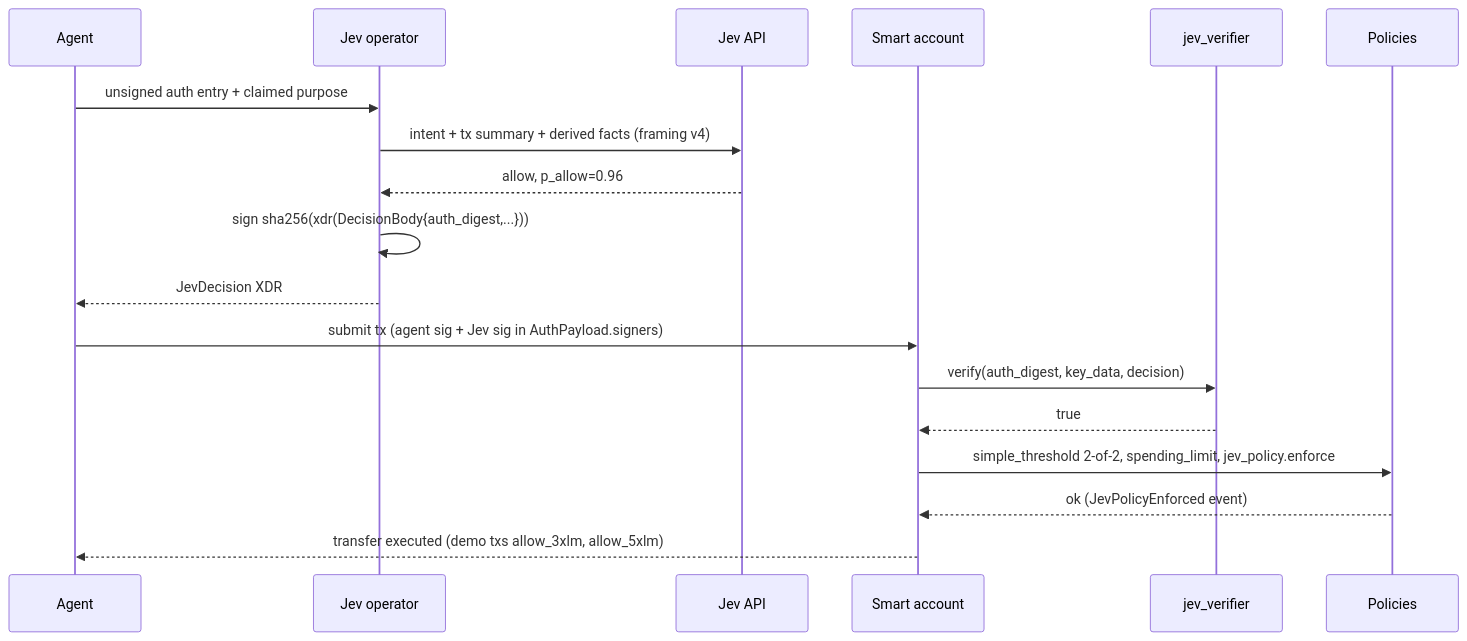
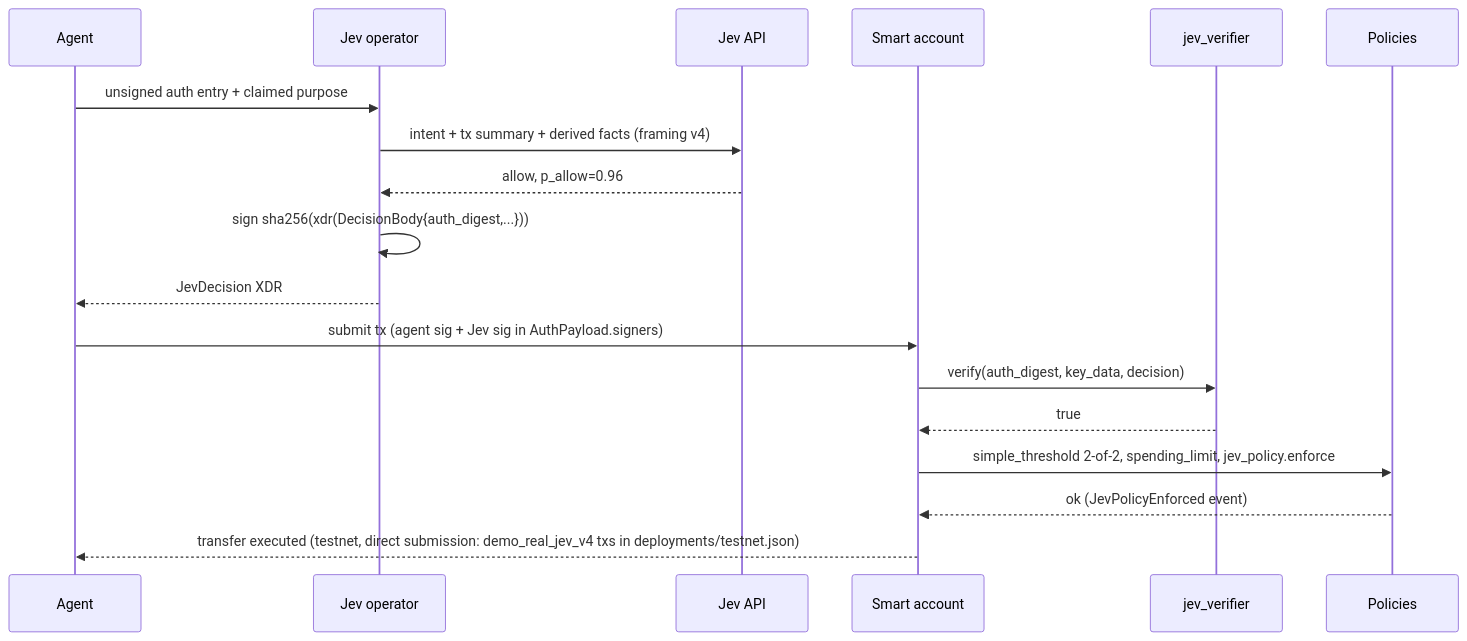
The second of 5 diagrams in docs/architecture/flows.md (Stratocaster-Ventures/stellar-jev-policies), drawn with Mermaid before and after one commit. The commit also changed other lines of this file and 8 other files, not shown here.

Commit message:
docs: real-Jev v4 + passkey testnet tx hashes (Horizon-verified), dev/holdout escalation figures reconciled, 'settled' qualified as direct testnet submission, remove private workspace paths

````diff
--- a/docs/architecture/flows.md
+++ b/docs/architecture/flows.md
@@ -24,20 +24,20 @@
 ```mermaid
 sequenceDiagram
   participant A as Agent
   participant OP as Jev operator
   participant J as Jev API
   participant SA as Smart account
   participant V as jev_verifier
   participant Pol as Policies
   A->>OP: unsigned auth entry + claimed purpose
   OP->>J: intent + tx summary + derived facts (framing v4)
   J-->>OP: allow, p_allow=0.96
   OP->>OP: sign sha256(xdr(DecisionBody{auth_digest,...}))
   OP-->>A: JevDecision XDR
   A->>SA: submit tx (agent sig + Jev sig in AuthPayload.signers)
   SA->>V: verify(auth_digest, key_data, decision)
   V-->>SA: true
   SA->>Pol: simple_threshold 2-of-2, spending_limit, jev_policy.enforce
   Pol-->>SA: ok (JevPolicyEnforced event)
-  SA-->>A: transfer executed (demo txs allow_3xlm, allow_5xlm)
+  SA-->>A: transfer executed (testnet, direct submission: demo_real_jev_v4 txs in deployments/testnet.json)
 ```
````
